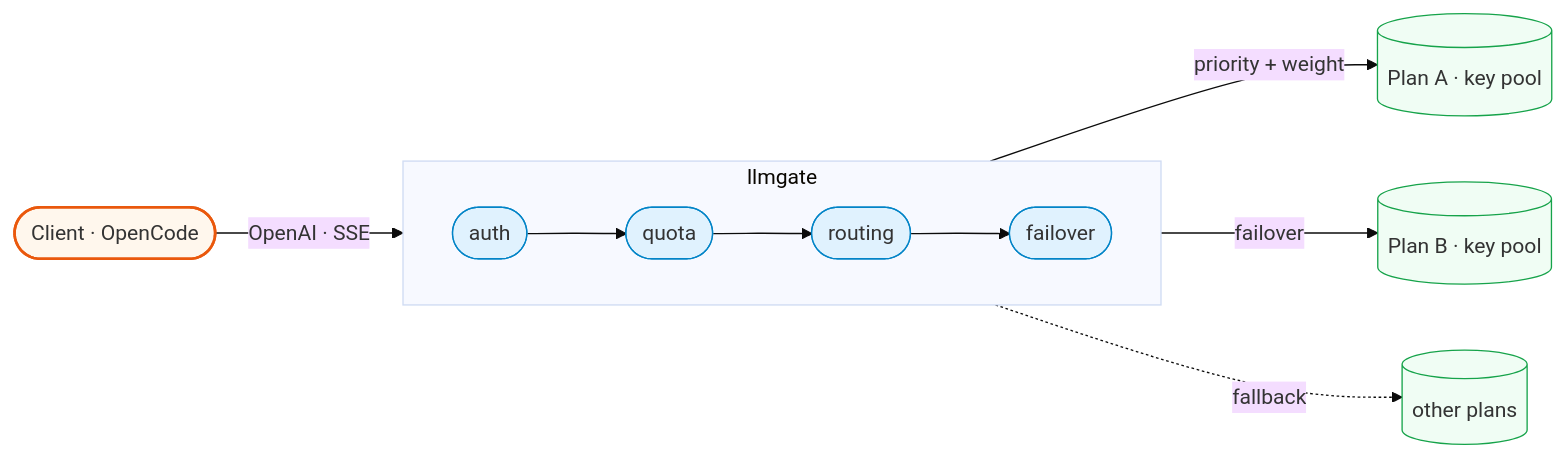
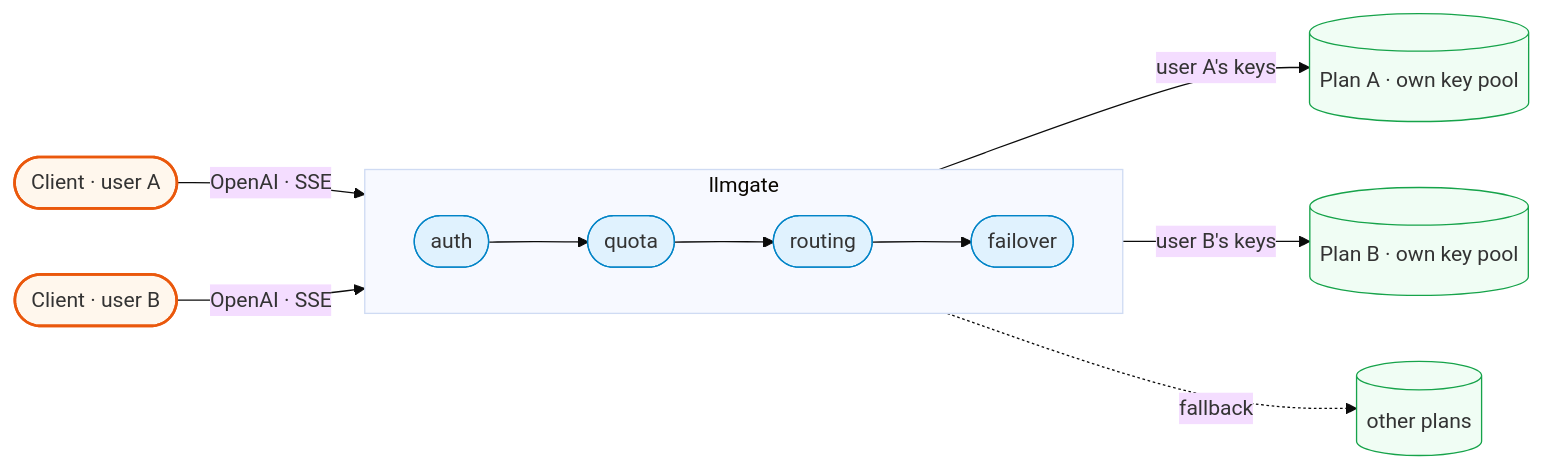
The diagram in README.md (zetatez/llmgate), drawn with Mermaid (base theme) before and after one commit. The commit also changed other lines of this file and 37 other files, not shown here.

````diff
--- a/README.md
+++ b/README.md
@@ -5,23 +5,26 @@
 ```mermaid
 flowchart LR
-    CLI(["Client · OpenCode"])
+    CLI(["Client · user A"])
+    CLI2(["Client · user B"])
 
     subgraph GW["llmgate"]
         direction LR
         A(["auth"]) --> Q(["quota"]) --> R(["routing"]) --> F(["failover"])
     end
 
     CLI -- "OpenAI · SSE" --> A
-    R -- "priority + weight" --> P1[("Plan A · key pool")]
-    F -- "failover" --> P2[("Plan B · key pool")]
+    CLI2 -- "OpenAI · SSE" --> A
+    R -- "user A's keys" --> P1[("Plan A · own key pool")]
+    F -- "user B's keys" --> P2[("Plan B · own key pool")]
     F -. "fallback" .-> P3[("other plans")]
 
     style CLI fill:#fff7ed,stroke:#ea580c,stroke-width:2px
+    style CLI2 fill:#fff7ed,stroke:#ea580c,stroke-width:2px
     style A fill:#e0f2fe,stroke:#0284c7
     style Q fill:#e0f2fe,stroke:#0284c7
     style R fill:#e0f2fe,stroke:#0284c7
     style F fill:#e0f2fe,stroke:#0284c7
     style P1 fill:#f0fdf4,stroke:#16a34a
     style P2 fill:#f0fdf4,stroke:#16a34a
     style P3 fill:#f0fdf4,stroke:#16a34a
 ```
````
